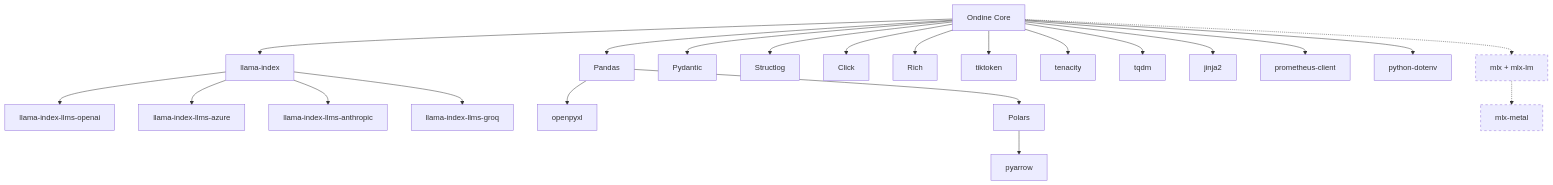
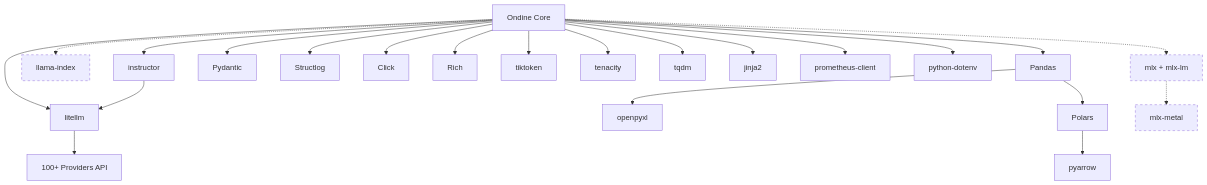
The second of 2 diagrams in docs/architecture/technical-reference.md (ptimizeroracle/ondine), drawn with Mermaid before and after one commit. The commit also changed other lines of this file and 28 other files, not shown here.

First line of the commit message:
feat: LiteLLM Native Integration - Aggressive Refactor (#48)

````diff
--- a/docs/architecture/technical-reference.md
+++ b/docs/architecture/technical-reference.md
@@ -218,34 +216,35 @@
 ```mermaid
 graph TD
     Ondine[Ondine Core]
 
-    Ondine --> LI[llama-index]
+    Ondine --> LiteLLM[litellm]
+    Ondine --> Instructor[instructor]
+    Ondine -.-> LI[llama-index]
     Ondine --> Pandas
     Ondine --> Pydantic
     Ondine --> Structlog
     Ondine --> Click
     Ondine --> Rich
 
-    LI --> LIOAI[llama-index-llms-openai]
-    LI --> LIAZ[llama-index-llms-azure]
-    LI --> LIANT[llama-index-llms-anthropic]
-    LI --> LIGR[llama-index-llms-groq]
+    LiteLLM --> Providers[100+ Providers API]
+    Instructor --> LiteLLM
 
     Pandas --> Openpyxl[openpyxl]
     Pandas --> Polars
 
     Ondine --> Tiktoken[tiktoken]
     Ondine --> Tenacity[tenacity]
     Ondine --> Tqdm[tqdm]
     Ondine --> Jinja2[jinja2]
     Ondine --> Prometheus[prometheus-client]
     Ondine --> Dotenv[python-dotenv]
 
     Ondine -.-> MLX[mlx + mlx-lm]
     MLX -.-> MLXMetal[mlx-metal]
 
     Polars --> PyArrow[pyarrow]
 
     style MLX stroke-dasharray: 5 5
     style MLXMetal stroke-dasharray: 5 5
+    style LI stroke-dasharray: 5 5
 ```
````
